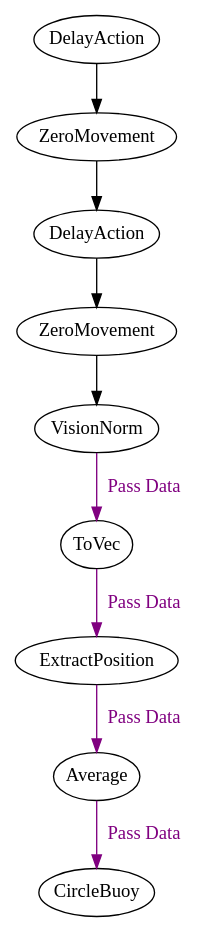
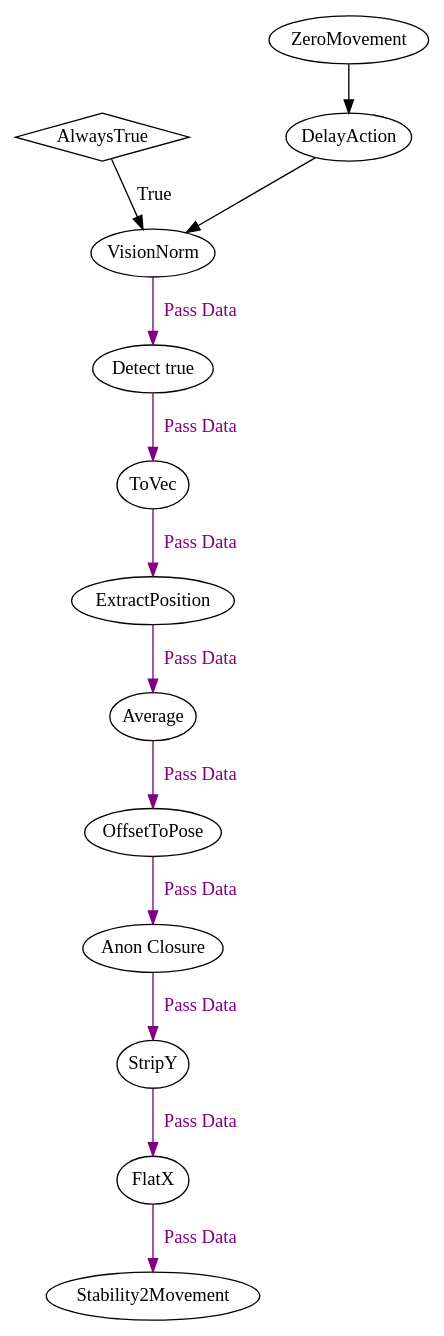
Before and after one commit to ncsurobotics/SW8S-Rust: the diagram in graphs/main/circle_buoy/buoy_circle_sequence.dot, drawn with Graphviz. The commit also changed 19 other files, not shown here.

```diff
--- a/graphs/main/circle_buoy/buoy_circle_sequence.dot
+++ b/graphs/main/circle_buoy/buoy_circle_sequence.dot
@@ -1,22 +1,31 @@
 digraph G {
 	splines = true;
 	nodesep = 1.0;
 	bgcolor = "none"
-	"6bd7124c-8a65-4f55-a27d-ee82738f0740" -> "a4eaa6d6-38c9-40f4-8365-dd15f786cf05" ;
-	"6ed95ec0-4f2a-4a04-8911-fe43f806a0a4" -> "639514ba-9801-4f0b-983d-fac20d65e519" [color = purple, fontcolor = purple, label = "Pass Data"];
-	"ef9ef365-eb88-4954-9958-5852bae5bc3f" -> "6ed95ec0-4f2a-4a04-8911-fe43f806a0a4" [color = purple, fontcolor = purple, label = "Pass Data"];
-	"8ab4c6ee-31f7-4267-8f1c-08faa71dbe55" -> "ef9ef365-eb88-4954-9958-5852bae5bc3f" [color = purple, fontcolor = purple, label = "Pass Data"];
-	"f3a001d9-3428-4327-8c95-bfd6cea7eb75" -> "8ab4c6ee-31f7-4267-8f1c-08faa71dbe55" [color = purple, fontcolor = purple, label = "Pass Data"];
-	"a4eaa6d6-38c9-40f4-8365-dd15f786cf05" -> "f3a001d9-3428-4327-8c95-bfd6cea7eb75" ;
-	"93abf6d8-3d76-45d4-ab35-439fe745310a" -> "6bd7124c-8a65-4f55-a27d-ee82738f0740" ;
-	"eede1ae7-b590-466f-836b-e6f93601c392" -> "93abf6d8-3d76-45d4-ab35-439fe745310a" ;
-	"eede1ae7-b590-466f-836b-e6f93601c392" [label = "DelayAction", margin = 0];
-	"93abf6d8-3d76-45d4-ab35-439fe745310a" [label = "ZeroMovement", margin = 0];
-	"6bd7124c-8a65-4f55-a27d-ee82738f0740" [label = "DelayAction", margin = 0];
-	"a4eaa6d6-38c9-40f4-8365-dd15f786cf05" [label = "ZeroMovement", margin = 0];
-	"f3a001d9-3428-4327-8c95-bfd6cea7eb75" [label = "VisionNorm", margin = 0];
-	"8ab4c6ee-31f7-4267-8f1c-08faa71dbe55" [label = "ToVec", margin = 0];
-	"ef9ef365-eb88-4954-9958-5852bae5bc3f" [label = "ExtractPosition", margin = 0];
-	"6ed95ec0-4f2a-4a04-8911-fe43f806a0a4" [label = "Average", margin = 0];
-	"639514ba-9801-4f0b-983d-fac20d65e519" [label = "CircleBuoy", margin = 0];
+	"e06d8984-4742-42c6-ab7b-496a00c82e84" [shape = diamond];
+	"67e217da-7818-43cd-ac59-eab47887f8bf" -> "29ebcfe3-c069-41d9-8c7d-97e494d2cf6a" [color = purple, fontcolor = purple, label = "Pass Data"];
+	"f54b2d8d-0ec0-49d9-836f-44e4725ea4cf" -> "67e217da-7818-43cd-ac59-eab47887f8bf" [color = purple, fontcolor = purple, label = "Pass Data"];
+	"2dfa1c5a-044d-4e5a-956c-02999baf7d99" -> "f54b2d8d-0ec0-49d9-836f-44e4725ea4cf" [color = purple, fontcolor = purple, label = "Pass Data"];
+	"23f9cb43-5477-4d47-9862-87914149935c" -> "2dfa1c5a-044d-4e5a-956c-02999baf7d99" [color = purple, fontcolor = purple, label = "Pass Data"];
+	"3d0b93e3-e6bc-44af-98ac-14656ddcbe37" -> "23f9cb43-5477-4d47-9862-87914149935c" [color = purple, fontcolor = purple, label = "Pass Data"];
+	"593597b4-5372-42cf-af00-a69e62ea89f4" -> "3d0b93e3-e6bc-44af-98ac-14656ddcbe37" [color = purple, fontcolor = purple, label = "Pass Data"];
+	"55cf62b4-8736-45a9-b415-edd1ac1473c7" -> "593597b4-5372-42cf-af00-a69e62ea89f4" [color = purple, fontcolor = purple, label = "Pass Data"];
+	"a8f7f521-56e7-4f6a-87d2-3ea72ab4db60" -> "55cf62b4-8736-45a9-b415-edd1ac1473c7" [color = purple, fontcolor = purple, label = "Pass Data"];
+	"f8cbb75c-0ba8-45fd-ab78-f2dd1f0fd4d1" -> "a8f7f521-56e7-4f6a-87d2-3ea72ab4db60" [color = purple, fontcolor = purple, label = "Pass Data"];
+	"e06d8984-4742-42c6-ab7b-496a00c82e84" -> "f8cbb75c-0ba8-45fd-ab78-f2dd1f0fd4d1" [label = "True"];
+	"3fac2189-925a-46d8-a310-d915a429784c" -> "f8cbb75c-0ba8-45fd-ab78-f2dd1f0fd4d1" ;
+	"8a8ce146-4b9f-4736-b646-fc5177e9ca95" -> "3fac2189-925a-46d8-a310-d915a429784c" ;
+	"8a8ce146-4b9f-4736-b646-fc5177e9ca95" [label = "ZeroMovement", margin = 0];
+	"3fac2189-925a-46d8-a310-d915a429784c" [label = "DelayAction", margin = 0];
+	"f8cbb75c-0ba8-45fd-ab78-f2dd1f0fd4d1" [label = "VisionNorm", margin = 0];
+	"a8f7f521-56e7-4f6a-87d2-3ea72ab4db60" [label = "Detect true", margin = 0];
+	"55cf62b4-8736-45a9-b415-edd1ac1473c7" [label = "ToVec", margin = 0];
+	"593597b4-5372-42cf-af00-a69e62ea89f4" [label = "ExtractPosition", margin = 0];
+	"3d0b93e3-e6bc-44af-98ac-14656ddcbe37" [label = "Average", margin = 0];
+	"23f9cb43-5477-4d47-9862-87914149935c" [label = "OffsetToPose", margin = 0];
+	"2dfa1c5a-044d-4e5a-956c-02999baf7d99" [label = "Anon Closure", margin = 0];
+	"f54b2d8d-0ec0-49d9-836f-44e4725ea4cf" [label = "StripY", margin = 0];
+	"67e217da-7818-43cd-ac59-eab47887f8bf" [label = "FlatX", margin = 0];
+	"29ebcfe3-c069-41d9-8c7d-97e494d2cf6a" [label = "Stability2Movement", margin = 0];
+	"e06d8984-4742-42c6-ab7b-496a00c82e84" [label = "AlwaysTrue", margin = 0];
 }
```
